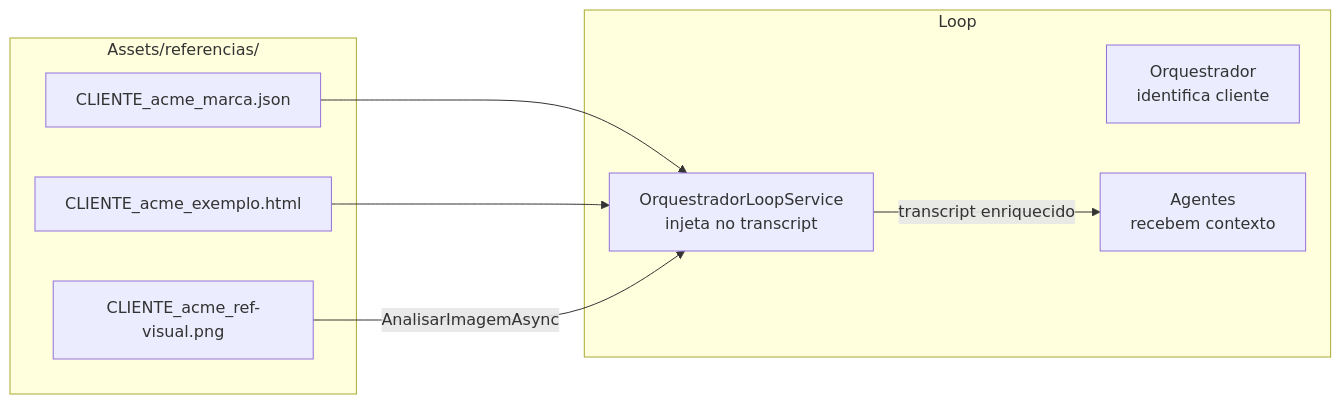
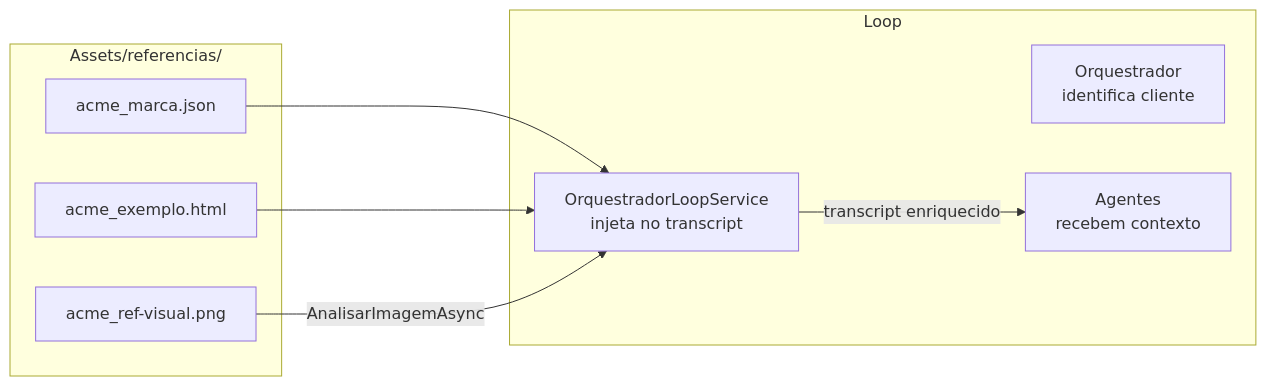
The fourth of 17 diagrams in docs/ARCHITECTURE.md (joaopedro-marques/suspira.fluxo.demo), drawn with Mermaid before and after one commit. The commit also changed other lines of this file and 2 other files, not shown here.

Commit message:
docs: atualiza convencao de nomenclatura para {cliente}_{nome}.ext

````diff
--- a/docs/ARCHITECTURE.md
+++ b/docs/ARCHITECTURE.md
@@ -208,19 +208,19 @@
 ```mermaid
 flowchart LR
     subgraph "Assets/referencias/"
-        JSON[CLIENTE_acme_marca.json]
-        HTML[CLIENTE_acme_exemplo.html]
-        IMG[CLIENTE_acme_ref-visual.png]
+        JSON[acme_marca.json]
+        HTML[acme_exemplo.html]
+        IMG[acme_ref-visual.png]
     end
 
     subgraph "Loop"
         ORQ[Orquestrador<br/>identifica cliente]
         LOOP[OrquestradorLoopService<br/>injeta no transcript]
         AG[Agentes<br/>recebem contexto]
     end
 
     JSON --> LOOP
     HTML --> LOOP
     IMG -->|AnalisarImagemAsync| LOOP
     LOOP -->|transcript enriquecido| AG
 ```
````
